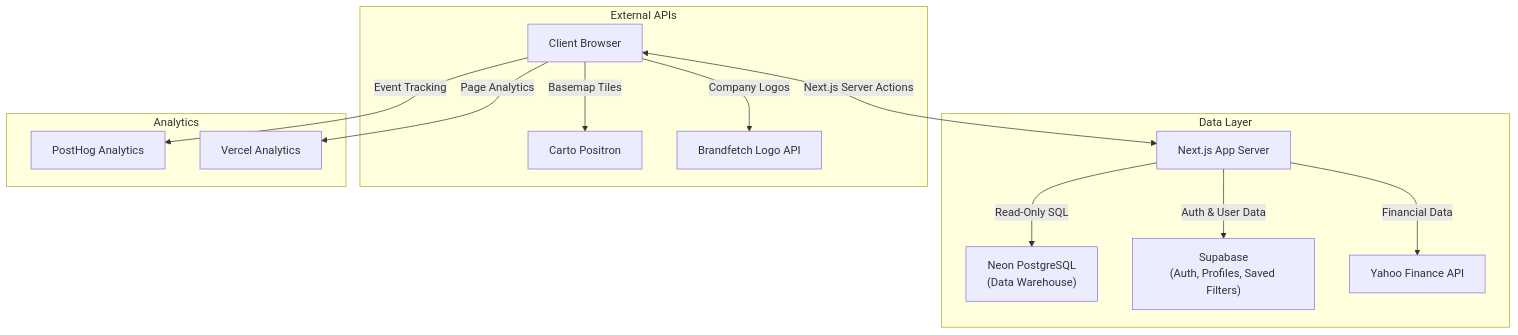
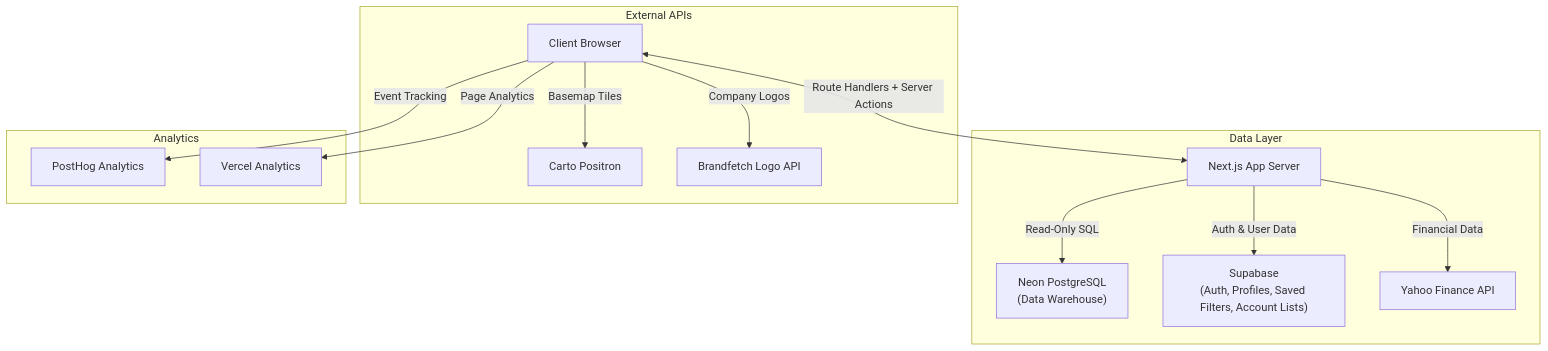
The diagram in README.md (Bamboo-Reports/bamboo-reports-main), drawn with Mermaid before and after one commit. The commit also changed other lines of this file and 23 other files, not shown here.

````diff
--- a/README.md
+++ b/README.md
@@ -107,20 +113,20 @@
 ```mermaid
 graph TD
-    Client[Client Browser] <-->|Next.js Server Actions| AppServer[Next.js App Server]
+    Client[Client Browser] <-->|Route Handlers + Server Actions| AppServer[Next.js App Server]
 
     subgraph Data Layer
         AppServer -->|Read-Only SQL| Neon["Neon PostgreSQL<br/>(Data Warehouse)"]
-        AppServer -->|Auth & User Data| Supabase["Supabase<br/>(Auth, Profiles, Saved Filters)"]
+        AppServer -->|Auth & User Data| Supabase["Supabase<br/>(Auth, Profiles, Saved Filters, Account Lists)"]
         AppServer -->|Financial Data| YahooFinance["Yahoo Finance API"]
     end
 
     subgraph External APIs
         Client -->|Basemap Tiles| Carto[Carto Positron]
         Client -->|Company Logos| Brandfetch[Brandfetch Logo API]
     end
 
     subgraph Analytics
         Client -->|Event Tracking| PostHog[PostHog Analytics]
         Client -->|Page Analytics| Vercel[Vercel Analytics]
     end
 ```
````
